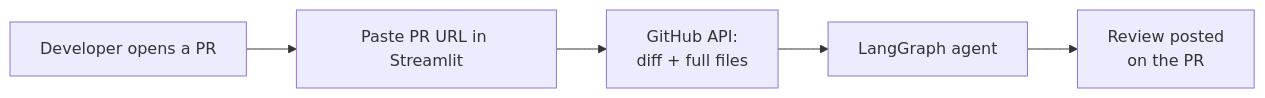
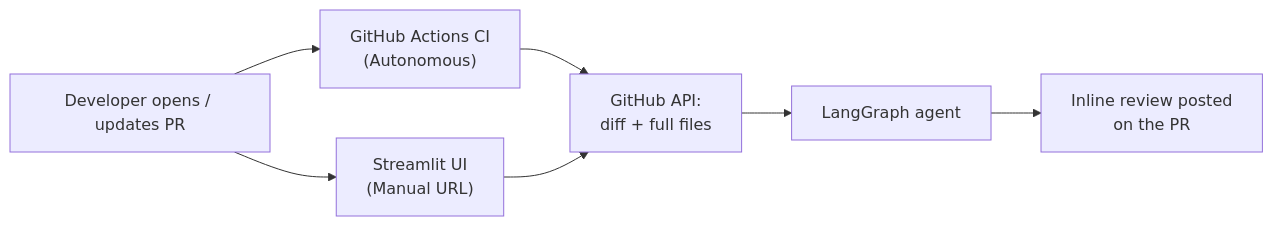
Before and after one commit to Vivek-ML001/PR_Review_Agent: the first of 5 diagrams in README.md, drawn with Mermaid. The commit also changed other lines of this file, not shown here.

````diff
--- a/README.md
+++ b/README.md
@@ -65,7 +65,9 @@
 ```mermaid
 flowchart LR
-    A["Developer opens a PR"] --> B["Paste PR URL in Streamlit"]
-    B --> C["GitHub API:<br/>diff + full files"]
+    A["Developer opens / updates PR"] --> T1["GitHub Actions CI<br/>(Autonomous)"]
+    A --> T2["Streamlit UI<br/>(Manual URL)"]
+    T1 --> C["GitHub API:<br/>diff + full files"]
+    T2 --> C
     C --> D["LangGraph agent"]
-    D --> E["Review posted<br/>on the PR"]
+    D --> E["Inline review posted<br/>on the PR"]
 ```
````
